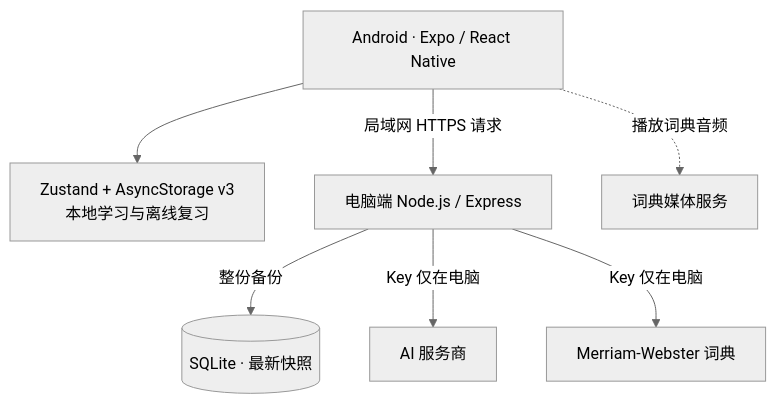
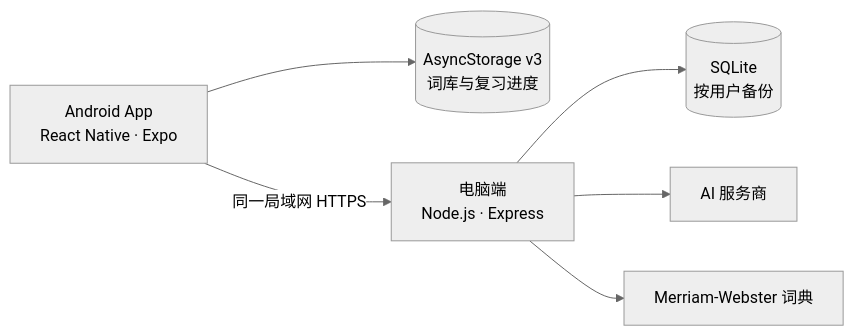
The diagram in README.md (ysy6950/LingoNest), drawn with Mermaid (neutral theme) before and after one commit. The commit also changed other lines of this file and 1 other file, not shown here.

````diff
--- a/README.md
+++ b/README.md
@@ -52,9 +35,8 @@
 ```mermaid
-flowchart TD
-  A[Android · Expo / React Native] --> B["Zustand + AsyncStorage v3<br/>本地学习与离线复习"]
-  A -->|局域网 HTTPS 请求| C[电脑端 Node.js / Express]
-  C -->|整份备份| D[(SQLite · 最新快照)]
-  C -->|Key 仅在电脑| E[AI 服务商]
-  C -->|Key 仅在电脑| F[Merriam-Webster 词典]
-  A -.->|播放词典音频| G[词典媒体服务]
+flowchart LR
+  A[Android App<br/>React Native · Expo] --> B[(AsyncStorage v3<br/>词库与复习进度)]
+  A -->|同一局域网 HTTPS| C[电脑端<br/>Node.js · Express]
+  C --> D[(SQLite<br/>按用户备份)]
+  C --> E[AI 服务商]
+  C --> F[Merriam-Webster 词典]
 ```
````
